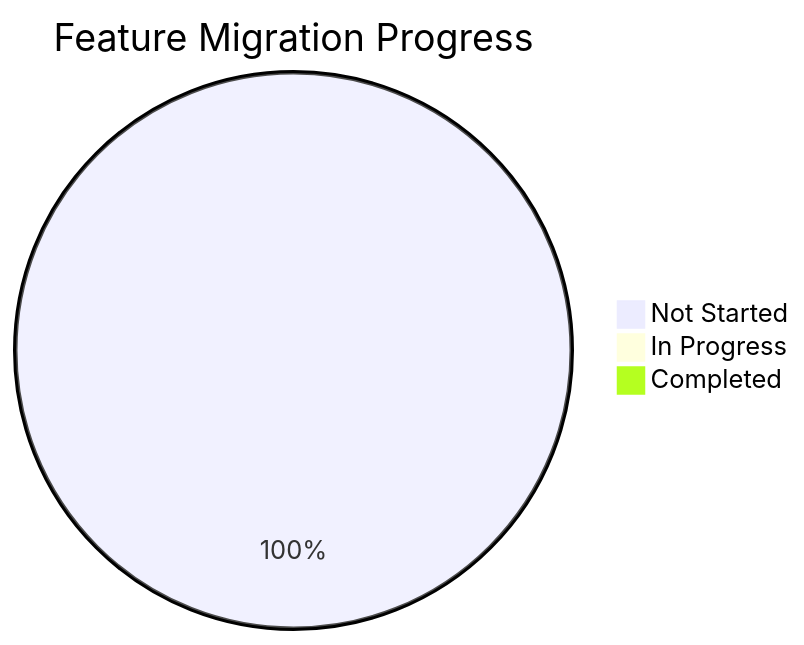
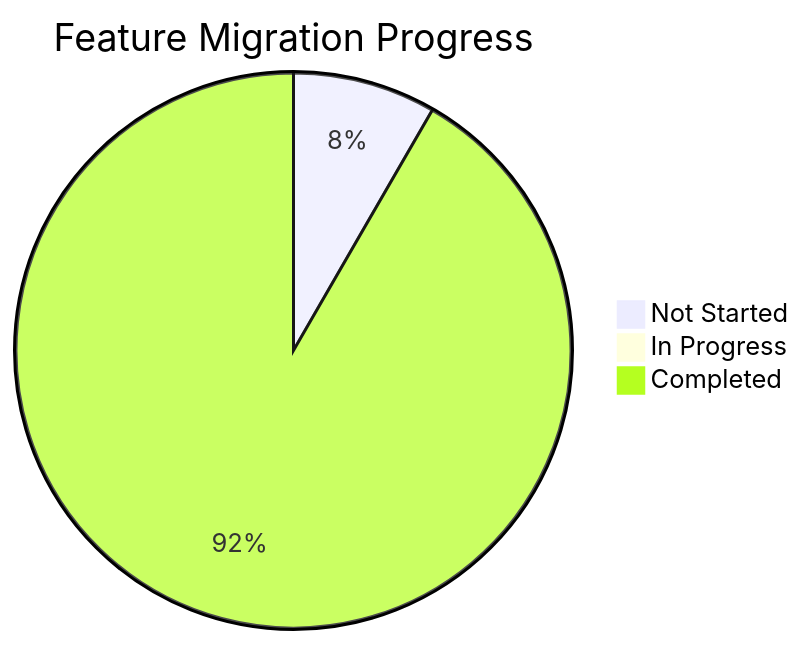
Before and after one commit to THE-AI-REAL-ESTATE-INVESTOR/0ne52bar: the first of 2 diagrams in marketing-ops/src/consolidated/merged_features.md, drawn with Mermaid. The commit also changed other lines of this file and 6 other files, not shown here.

````diff
--- a/marketing-ops/src/consolidated/merged_features.md
+++ b/marketing-ops/src/consolidated/merged_features.md
@@ -69,6 +69,6 @@
 ```mermaid
 pie title Feature Migration Progress
-    "Not Started" : 12
+    "Not Started" : 1
     "In Progress" : 0
-    "Completed" : 0
+    "Completed" : 11
 ```
````
